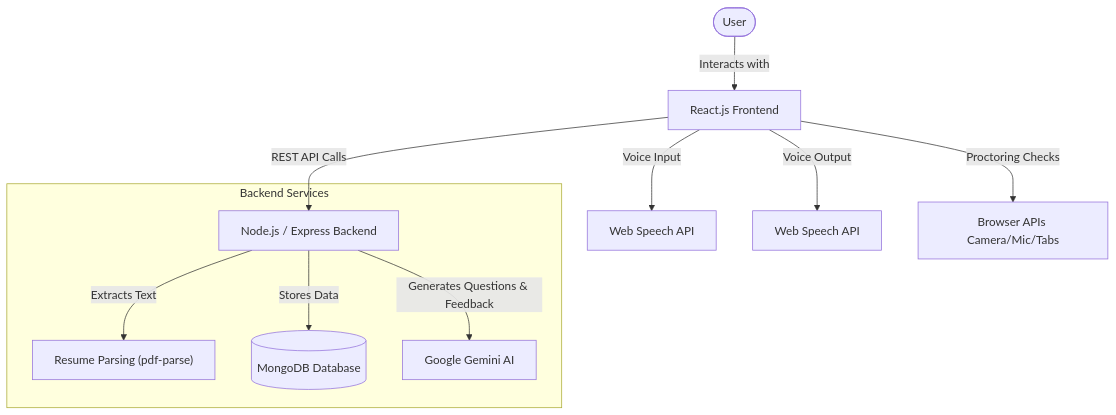
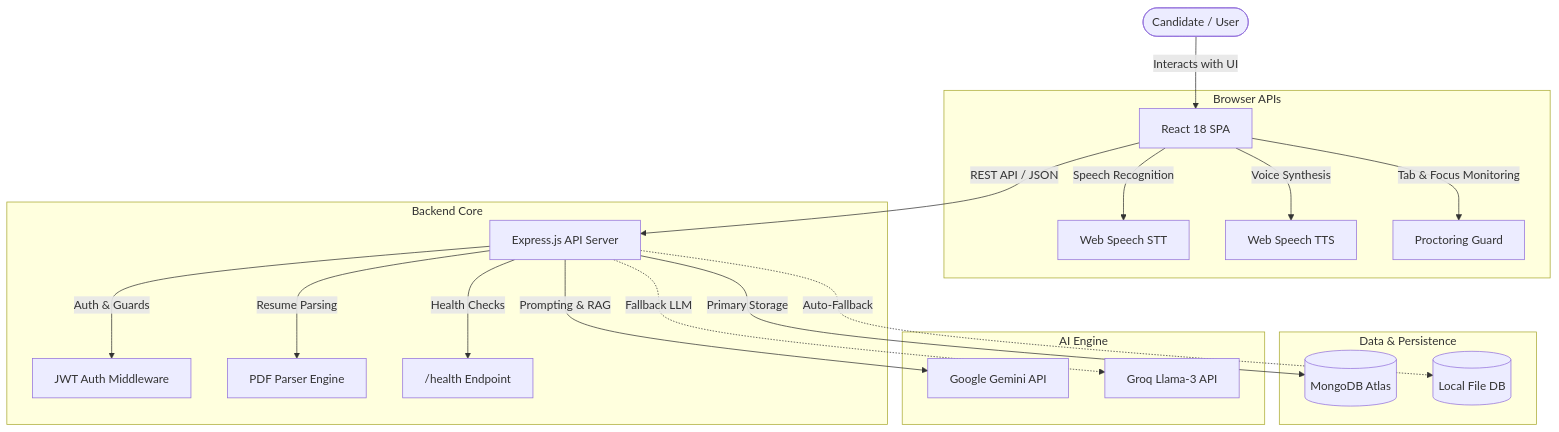
The first of 2 diagrams in README.md (rahulmahasetha/MockInterviewHub), drawn with Mermaid before and after one commit. The commit also changed other lines of this file, not shown here.

Commit message:
docs: modernize and enrich README with architecture, CI/CD, and test suite specs

````diff
--- a/README.md
+++ b/README.md
@@ -17,15 +49,28 @@
 ```mermaid
 graph TD
-    User([User]) -->|Interacts with| Frontend[React.js Frontend]
-    Frontend -->|REST API Calls| Backend[Node.js / Express Backend]
+    User([Candidate / User]) -->|Interacts with UI| Frontend[React 18 SPA]
     
-    subgraph Backend Services
-        Backend -->|Extracts Text| PDFParser["Resume Parsing (pdf-parse)"]
-        Backend -->|Stores Data| DB[(MongoDB Database)]
-        Backend -->|Generates Questions & Feedback| LLM[Google Gemini AI]
+    subgraph Browser APIs
+        Frontend -->|Speech Recognition| STT[Web Speech STT]
+        Frontend -->|Voice Synthesis| TTS[Web Speech TTS]
+        Frontend -->|Tab & Focus Monitoring| Proctor[Proctoring Guard]
     end
+
+    Frontend -->|REST API / JSON| Backend[Express.js API Server]
     
-    Frontend -->|Voice Input| STT[Web Speech API]
-    Frontend -->|Voice Output| TTS[Web Speech API]
-    Frontend -->|Proctoring Checks| Navigator[Browser APIs Camera/Mic/Tabs]
+    subgraph Backend Core
+        Backend -->|Auth & Guards| JWT[JWT Auth Middleware]
+        Backend -->|Resume Parsing| Parser[PDF Parser Engine]
+        Backend -->|Health Checks| Health["/health Endpoint"]
+    end
+
+    subgraph Data & Persistence
+        Backend -->|Primary Storage| Mongo[(MongoDB Atlas)]
+        Backend -.->|Auto-Fallback| LocalDB[(Local File DB)]
+    end
+
+    subgraph AI Engine
+        Backend -->|Prompting & RAG| Gemini[Google Gemini API]
+        Backend -.->|Fallback LLM| Groq[Groq Llama-3 API]
+    end
 ```
````
